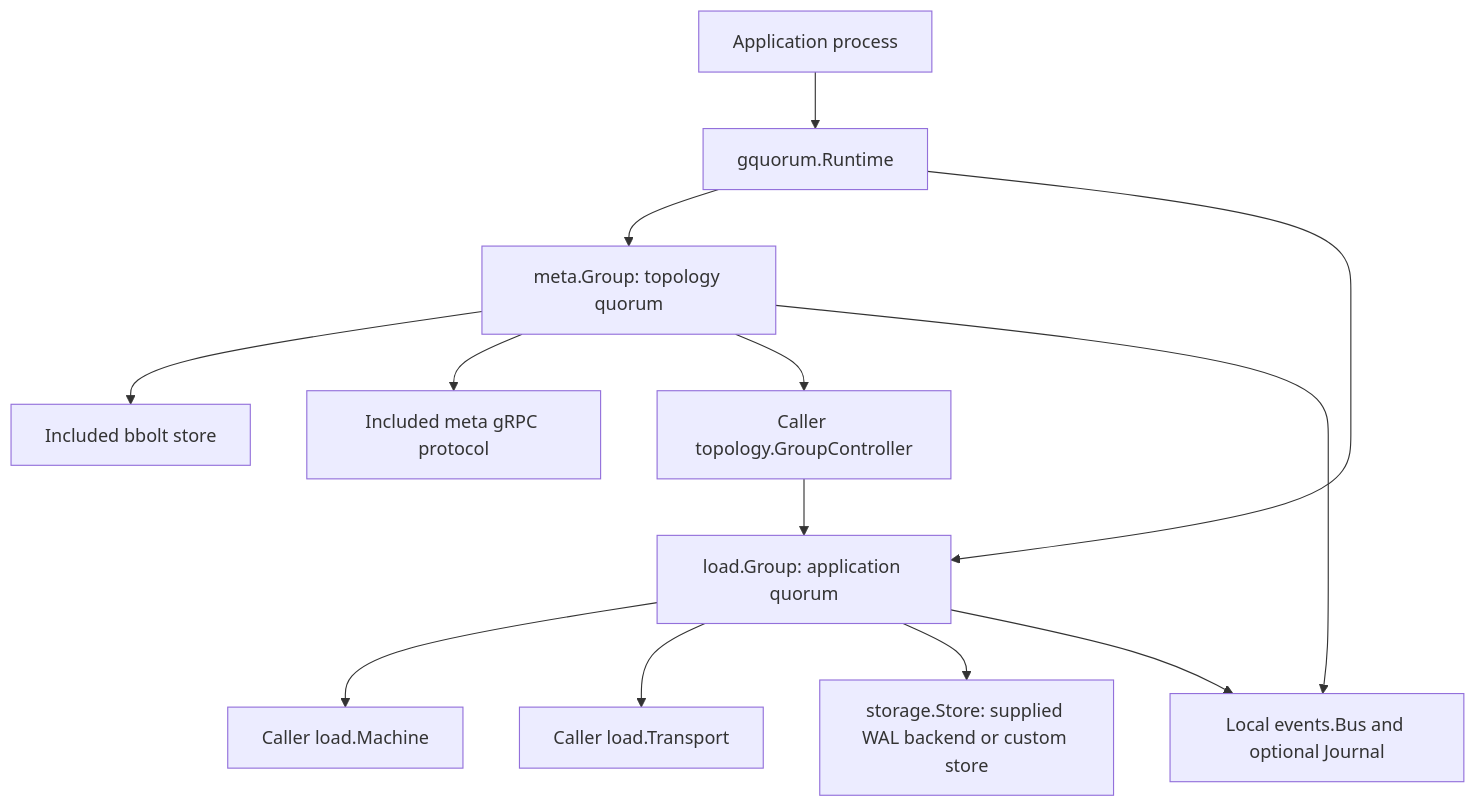
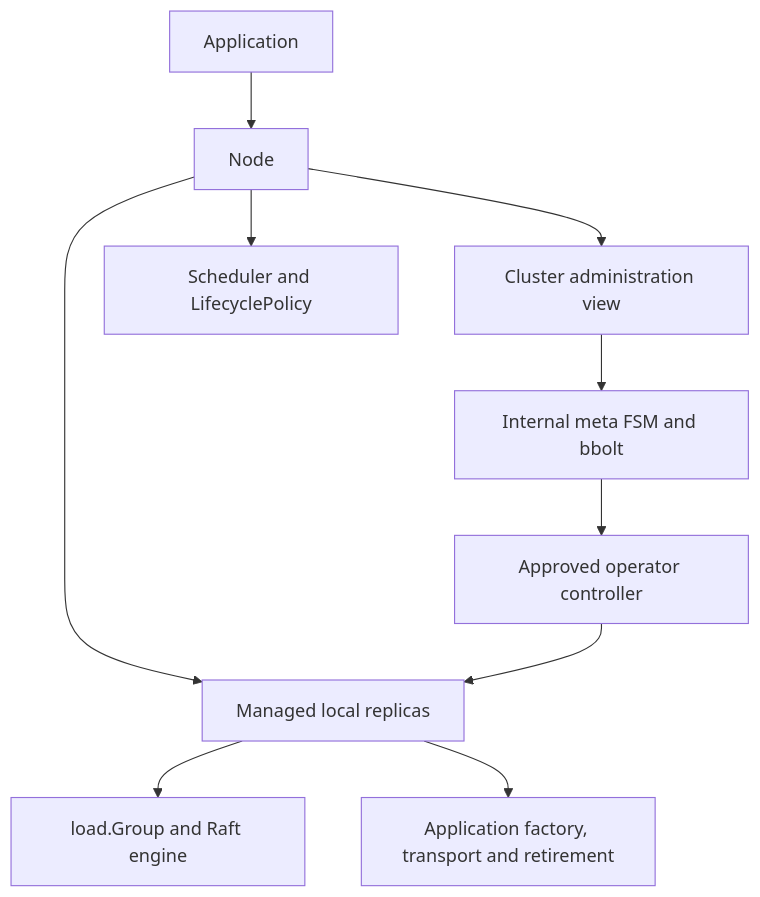
The diagram in docs/architecture/library.md (asalimonov/gquorum), drawn with Mermaid before and after one commit. The commit also changed other lines of this file and 14 other files, not shown here.

Commit message:
Remove Runtime API and migrate ownership assertions to Node and managed host

````diff
--- a/docs/architecture/library.md
+++ b/docs/architecture/library.md
@@ -28,15 +16,12 @@
 ```mermaid
 flowchart TD
-    App[Application process] --> Runtime[gquorum.Runtime]
-    Runtime --> Meta[meta.Group: topology quorum]
-    Runtime --> Load[load.Group: application quorum]
-    Meta --> MetaStore[Included bbolt store]
-    Meta --> MetaNet[Included meta gRPC protocol]
-    Meta --> Controller[Caller topology.GroupController]
-    Controller --> Load
-    Load --> Machine[Caller load.Machine]
-    Load --> Transport[Caller load.Transport]
-    Load --> Store[storage.Store: supplied WAL backend or custom store]
-    Meta --> Events[Local events.Bus and optional Journal]
-    Load --> Events
+    Application --> Node
+    Node --> Cluster[Cluster administration view]
+    Node --> Host[Managed local replicas]
+    Cluster --> Meta[Internal meta FSM and bbolt]
+    Meta --> Controller[Approved operator controller]
+    Controller --> Host
+    Host --> Group[load.Group and Raft engine]
+    Host --> Integration[Application factory, transport and retirement]
+    Node --> Policies[Scheduler and LifecyclePolicy]
 ```
````
